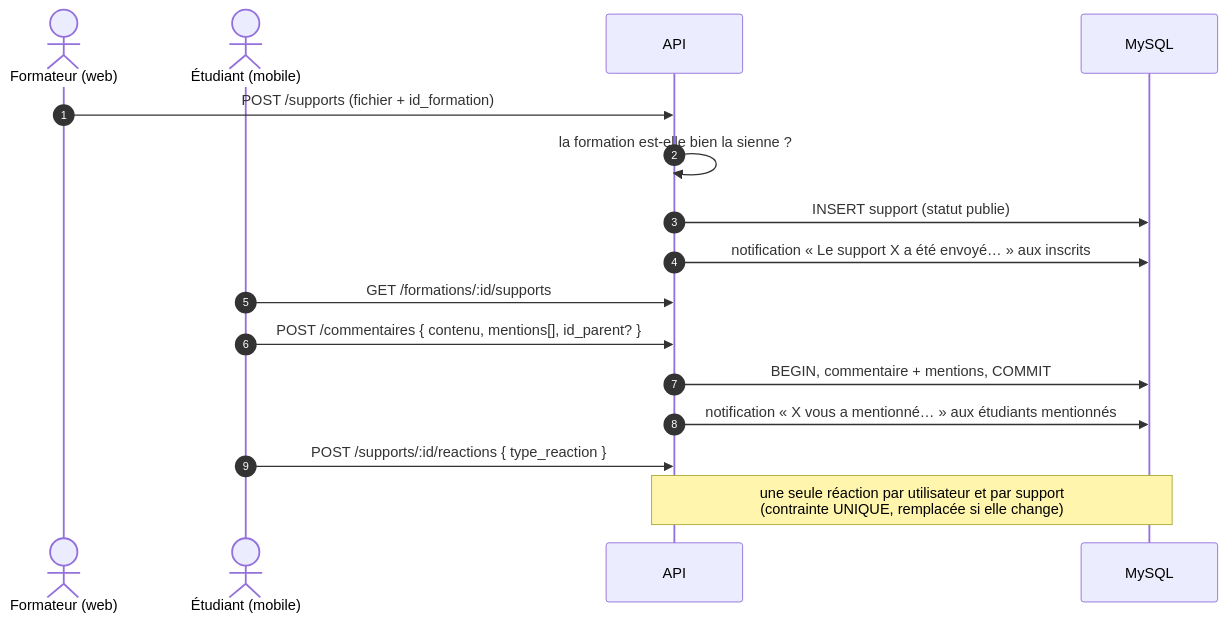
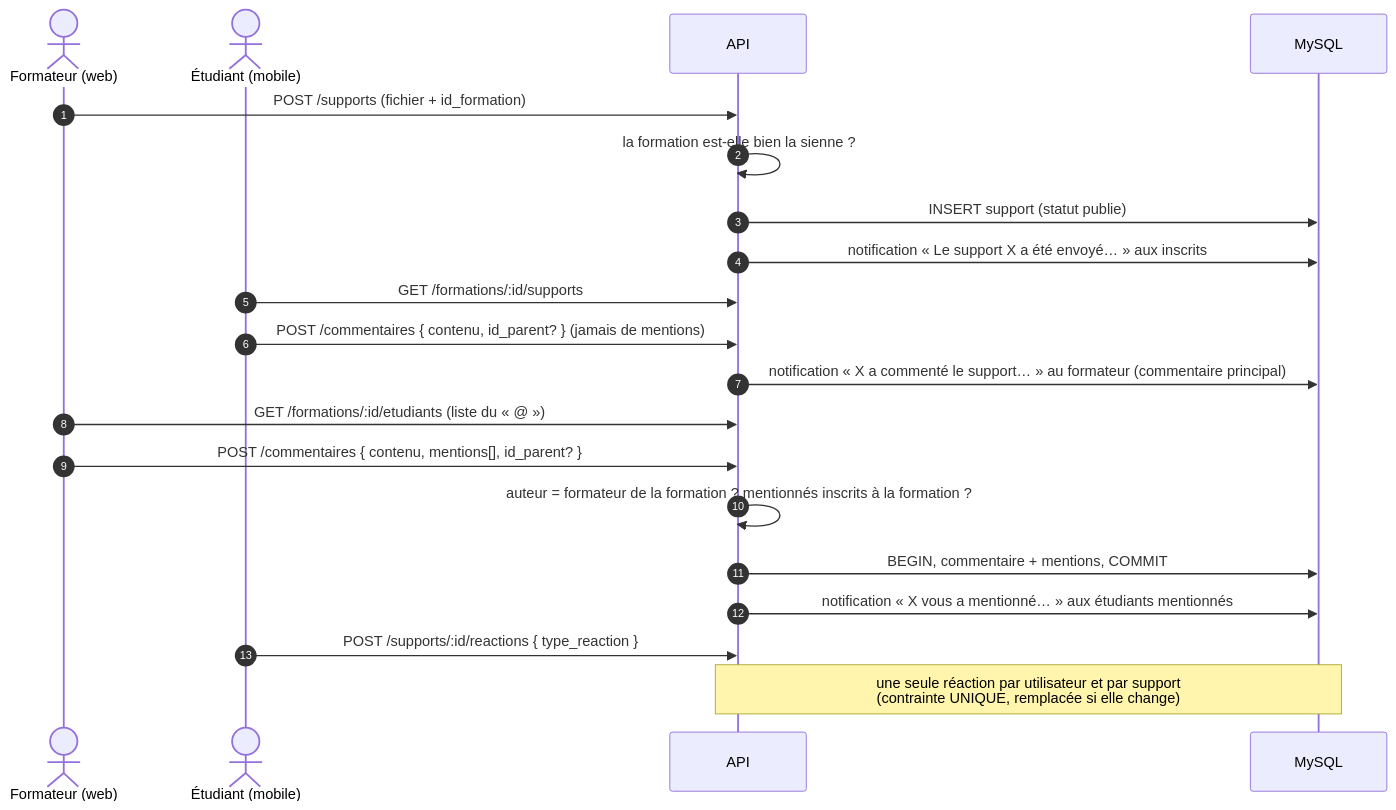
Diagram 12 of 22 in FLUX-APPLICATION.md (eliaTolojanahary/gestionFormation_stage), drawn with Mermaid before and after one commit. The commit also changed other lines of this file and 33 other files, not shown here.

````diff
--- a/FLUX-APPLICATION.md
+++ b/FLUX-APPLICATION.md
@@ -919,19 +944,23 @@
 ```mermaid
 sequenceDiagram
     autonumber
     actor F as Formateur (web)
     actor E as Étudiant (mobile)
     participant API
     participant DB as MySQL
 
     F->>API: POST /supports (fichier + id_formation)
     API->>API: la formation est-elle bien la sienne ?
     API->>DB: INSERT support (statut publie)
     API->>DB: notification « Le support X a été envoyé… » aux inscrits
     E->>API: GET /formations/:id/supports
-    E->>API: POST /commentaires { contenu, mentions[], id_parent? }
+    E->>API: POST /commentaires { contenu, id_parent? } (jamais de mentions)
+    API->>DB: notification « X a commenté le support… » au formateur (commentaire principal)
+    F->>API: GET /formations/:id/etudiants (liste du « @ »)
+    F->>API: POST /commentaires { contenu, mentions[], id_parent? }
+    API->>API: auteur = formateur de la formation ? mentionnés inscrits à la formation ?
     API->>DB: BEGIN, commentaire + mentions, COMMIT
     API->>DB: notification « X vous a mentionné… » aux étudiants mentionnés
     E->>API: POST /supports/:id/reactions { type_reaction }
     Note over API,DB: une seule réaction par utilisateur et par support<br/>(contrainte UNIQUE, remplacée si elle change)
 ```
````
